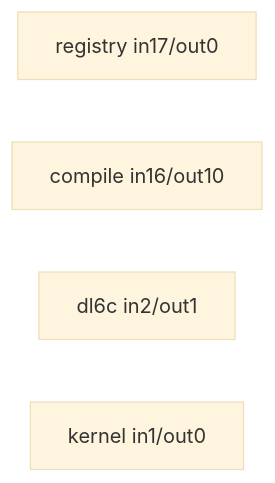
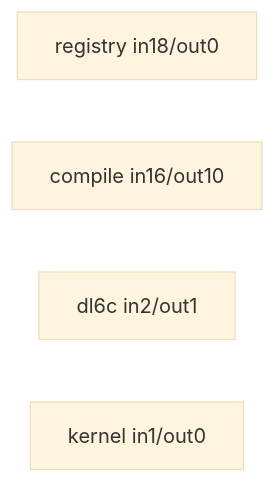
One commit to hafley66/sprefa changed the fifth of 6 diagrams in docs/selfdoc/compiler.md. Above: the diagram before and after it, drawn with Mermaid (base theme). The commit also changed other lines of this file and 10 other files, not shown here.

````diff
--- a/docs/selfdoc/compiler.md
+++ b/docs/selfdoc/compiler.md
@@ -242,7 +242,7 @@
 ```mermaid
 flowchart LR
-  n1["registry  in17/out0"]
+  n1["registry  in18/out0"]
   n2["compile  in16/out10"]
   n3["dl6c  in2/out1"]
   n4["kernel  in1/out0"]
 ```
````
